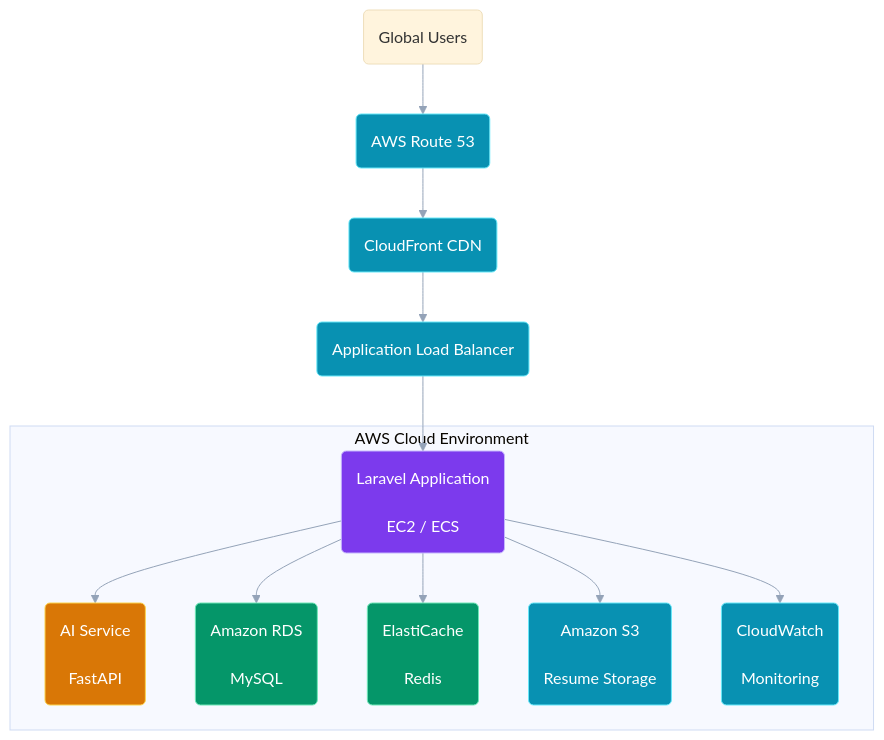
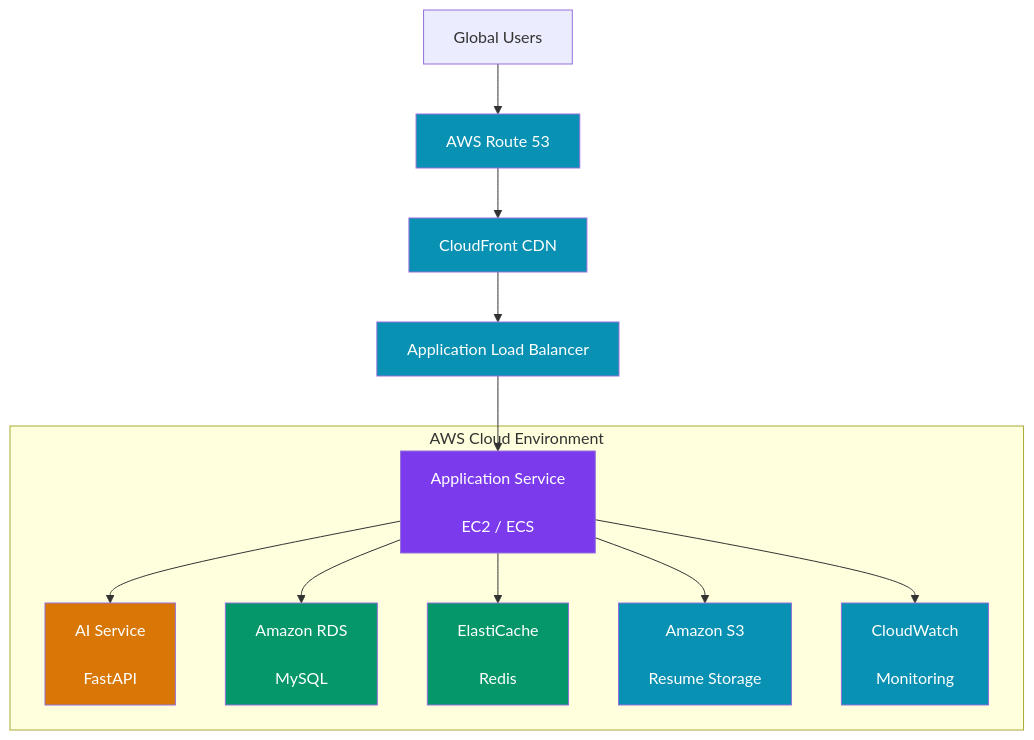
One commit to kupiMZS/CareerIQ-AI changed diagram 16 of 26 in documentation/03-system-architecture.md. Above: the diagram before and after it, drawn with Mermaid. The commit also changed other lines of this file and 9 other files, not shown here.

Commit message:
docs: finalize complete system documentation and architecture foundation

````diff
--- a/documentation/03-system-architecture.md
+++ b/documentation/03-system-architecture.md
@@ -1338,59 +2374,50 @@
 ```mermaid
-%%{init:{
-'theme':'base',
-'themeVariables':{
-'fontFamily':'Inter',
-'lineColor':'#94A3B8'
-}
-}}%%
-
-
 flowchart TB
 
 
-USERS("Global Users")
+USER["Global Users"]
 
 
-ROUTE53("AWS Route 53")
+ROUTE["AWS Route 53"]
 
 
-CLOUDFRONT("CloudFront CDN")
+CDN["CloudFront CDN"]
 
 
-ALB("Application Load Balancer")
+ALB["Application Load Balancer"]
 
 
 
 subgraph AWS["AWS Cloud Environment"]
 
 
-APP("Laravel Application<br/><br/>EC2 / ECS")
+APP["Application Service<br/><br/>EC2 / ECS"]
 
 
-AI("AI Service<br/><br/>FastAPI")
+AI["AI Service<br/><br/>FastAPI"]
 
 
-RDS("Amazon RDS<br/><br/>MySQL")
+RDS["Amazon RDS<br/><br/>MySQL"]
 
 
-CACHE("ElastiCache<br/><br/>Redis")
+CACHE["ElastiCache<br/><br/>Redis"]
 
 
-S3("Amazon S3<br/><br/>Resume Storage")
+S3["Amazon S3<br/><br/>Resume Storage"]
 
 
-MONITOR("CloudWatch<br/><br/>Monitoring")
+MONITOR["CloudWatch<br/><br/>Monitoring"]
 
 
 end
 
 
 
-USERS --> ROUTE53
+USER --> ROUTE
 
-ROUTE53 --> CLOUDFRONT
+ROUTE --> CDN
 
-CLOUDFRONT --> ALB
+CDN --> ALB
 
 ALB --> APP
 
@@ -1407,16 +2434,16 @@
 
 
 
-classDef cloud fill:#0891B2,stroke:#67E8F9,color:#FFFFFF;
+classDef cloud fill:#0891B2,color:white;
 
-classDef backend fill:#7C3AED,stroke:#C4B5FD,color:#FFFFFF;
+classDef backend fill:#7C3AED,color:white;
 
-classDef ai fill:#D97706,stroke:#FCD34D,color:#FFFFFF;
+classDef ai fill:#D97706,color:white;
 
-classDef database fill:#059669,stroke:#6EE7B7,color:#FFFFFF;
+classDef database fill:#059669,color:white;
 
 
-class ROUTE53,CLOUDFRONT,ALB cloud;
+class ROUTE,CDN,ALB cloud;
 
 class APP backend;
 
````
